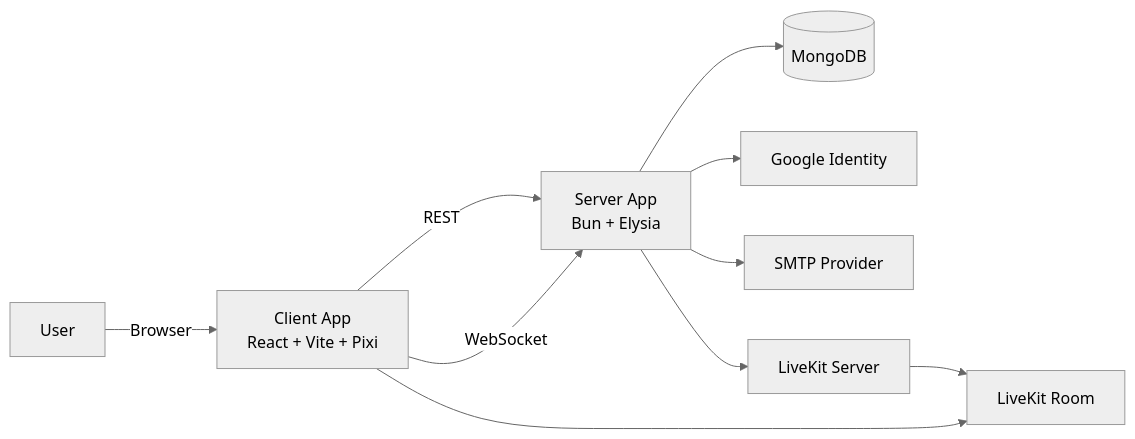
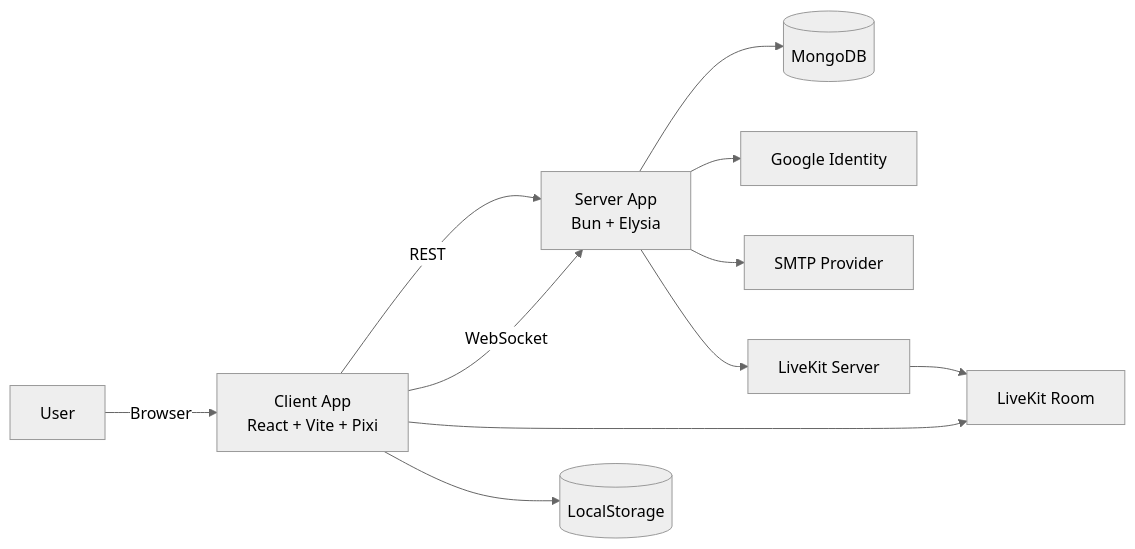
Before and after one commit to locpham-gh/the-gathering-03: the first of 9 diagrams in docs/diagram.md, drawn with Mermaid (neutral theme). The commit also changed other lines of this file and 33 other files, not shown here.

````diff
--- a/docs/diagram.md
+++ b/docs/diagram.md
@@ -7,12 +7,13 @@
 ```mermaid
 flowchart LR
 		U[User] -->|Browser| C[Client App\nReact + Vite + Pixi]
 		C -->|REST| S[Server App\nBun + Elysia]
 		C -->|WebSocket| S
 		S --> DB[(MongoDB)]
 		S --> GI[Google Identity]
 		S --> SMTP[SMTP Provider]
 		S --> LKS[LiveKit Server]
 		C --> LKR[LiveKit Room]
+		C --> LS[(LocalStorage)]
 		LKS --> LKR
 ```
````
